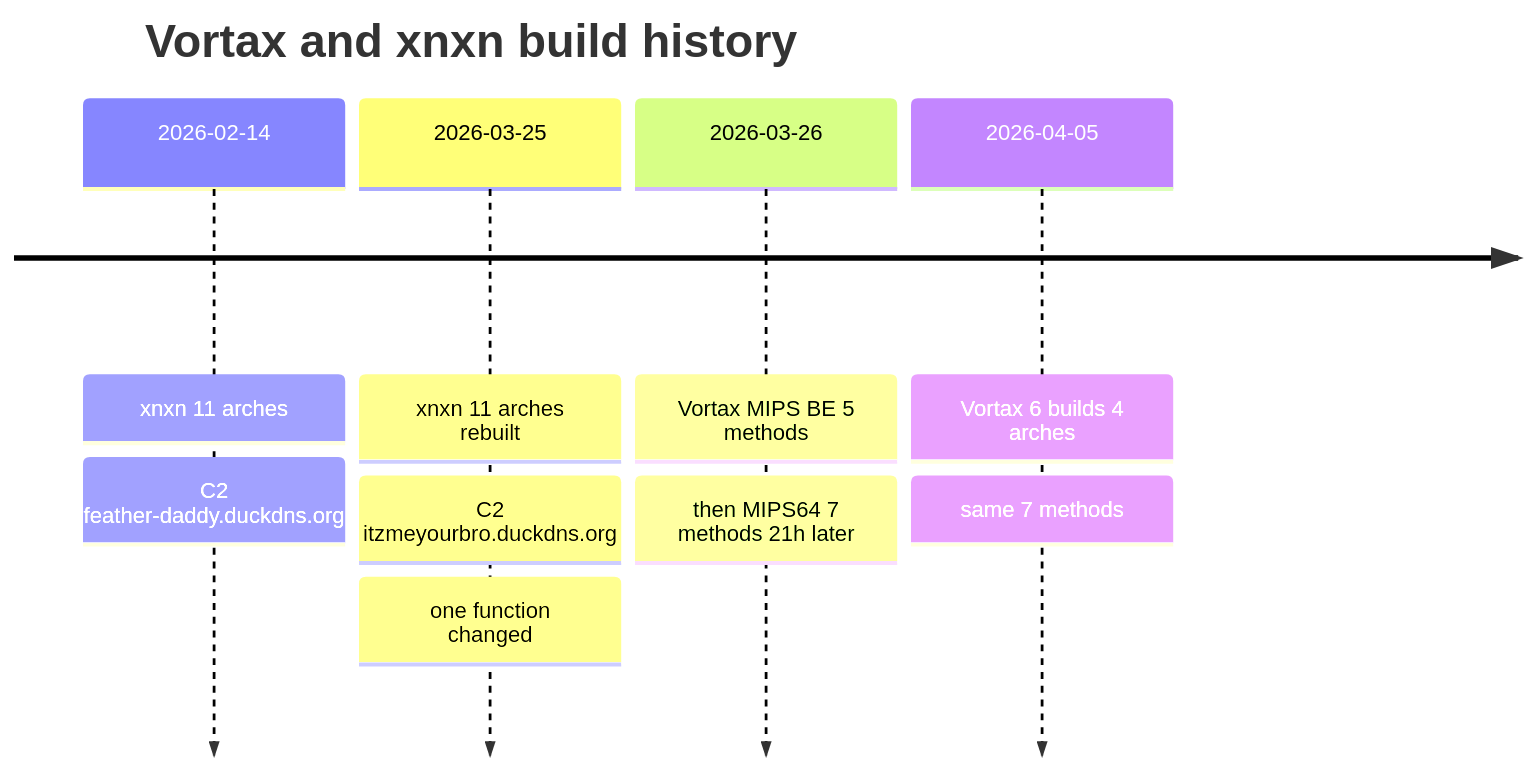
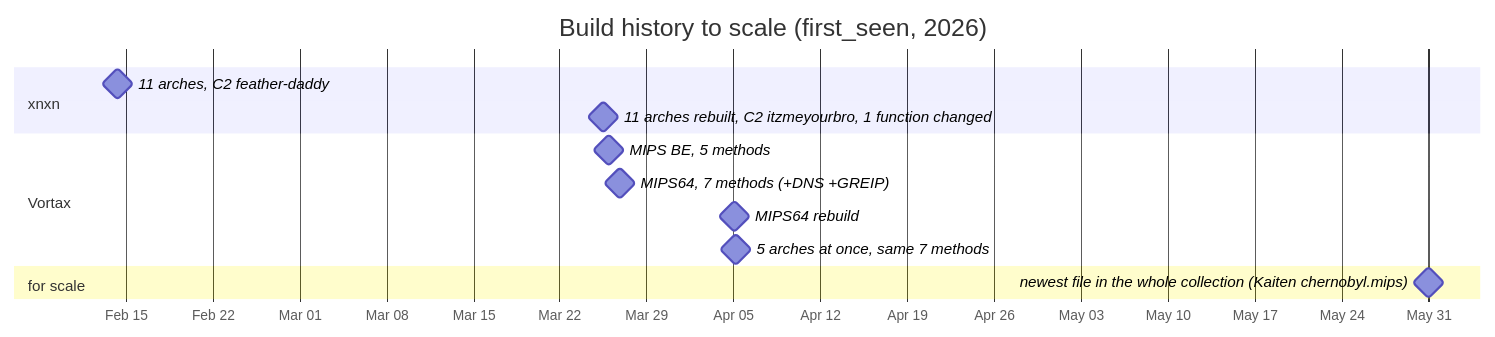
Before and after one commit to MISP/bsimvis: the diagram in doc/reports/unpacked3_vortax_xnxn_timeline.md, drawn with Mermaid. The commit also changed other lines of this file and 2 other files, not shown here.

First line of the commit message:
docs(reports): drop the Vortax sankey, plot the timeline to scale

````diff
--- a/doc/reports/unpacked3_vortax_xnxn_timeline.md
+++ b/doc/reports/unpacked3_vortax_xnxn_timeline.md
@@ -471,8 +467,17 @@
 ```mermaid
-timeline
-    title Vortax and xnxn build history
-    2026-02-14 : xnxn 11 arches : C2 feather-daddy.duckdns.org
-    2026-03-25 : xnxn 11 arches rebuilt : C2 itzmeyourbro.duckdns.org : one function changed
-    2026-03-26 : Vortax MIPS BE 5 methods : then MIPS64 7 methods 21h later
-    2026-04-05 : Vortax 6 builds 4 arches : same 7 methods
+gantt
+    title Build history to scale (first_seen, 2026)
+    dateFormat YYYY-MM-DD-HH-mm
+    axisFormat %b %d
+    todayMarker off
+    section xnxn
+    11 arches, C2 feather-daddy :milestone, 2026-02-14-08-50, 0d
+    11 arches rebuilt, C2 itzmeyourbro, 1 function changed :milestone, 2026-03-25-13-16, 0d
+    section Vortax
+    MIPS BE, 5 methods :milestone, 2026-03-26-00-00, 0d
+    MIPS64, 7 methods (+DNS +GREIP) :milestone, 2026-03-26-21-00, 0d
+    MIPS64 rebuild :milestone, 2026-04-05-01-47, 0d
+    5 arches at once, same 7 methods :milestone, 2026-04-05-04-15, 0d
+    section for scale
+    newest file in the whole collection (Kaiten chernobyl.mips) :milestone, 2026-05-31-00-00, 0d
 ```
````
